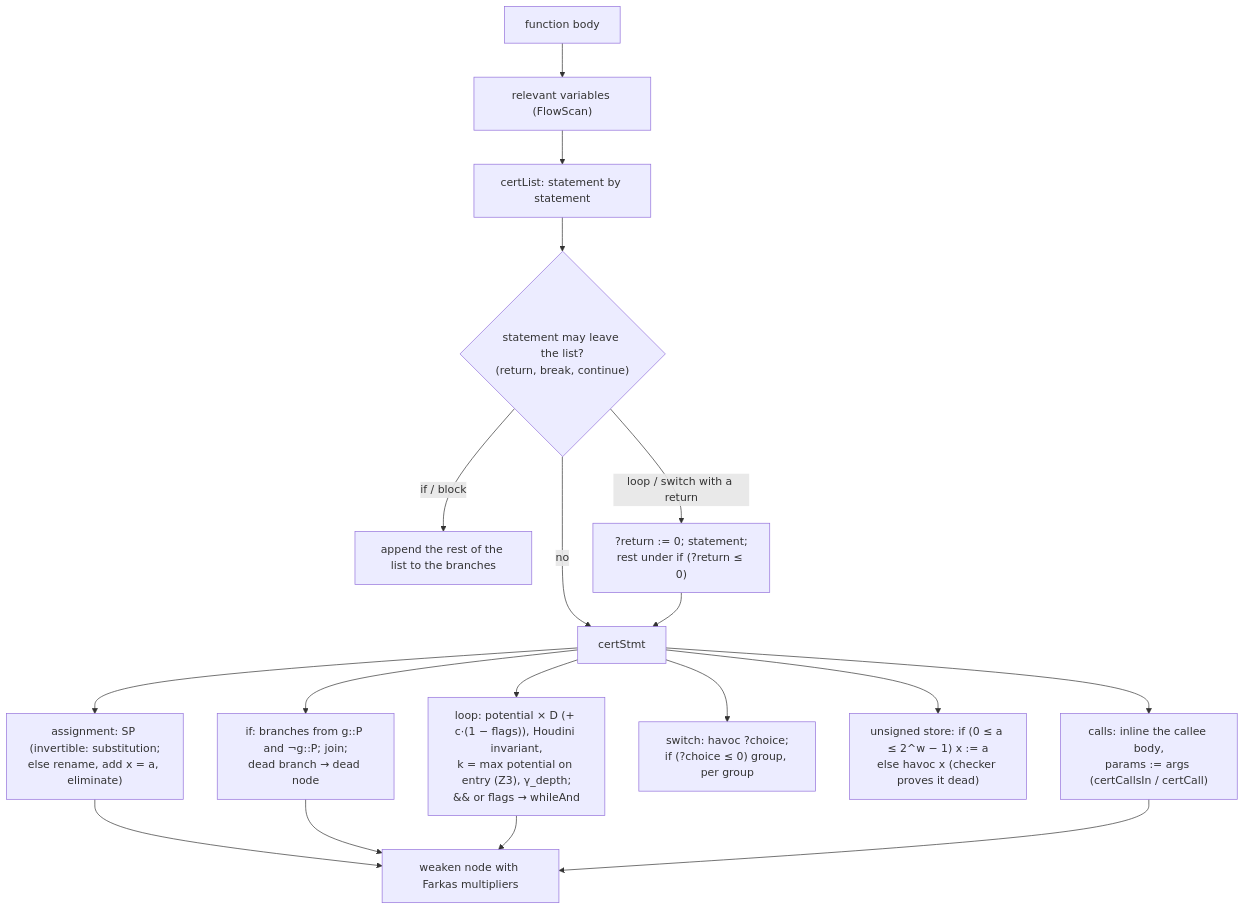
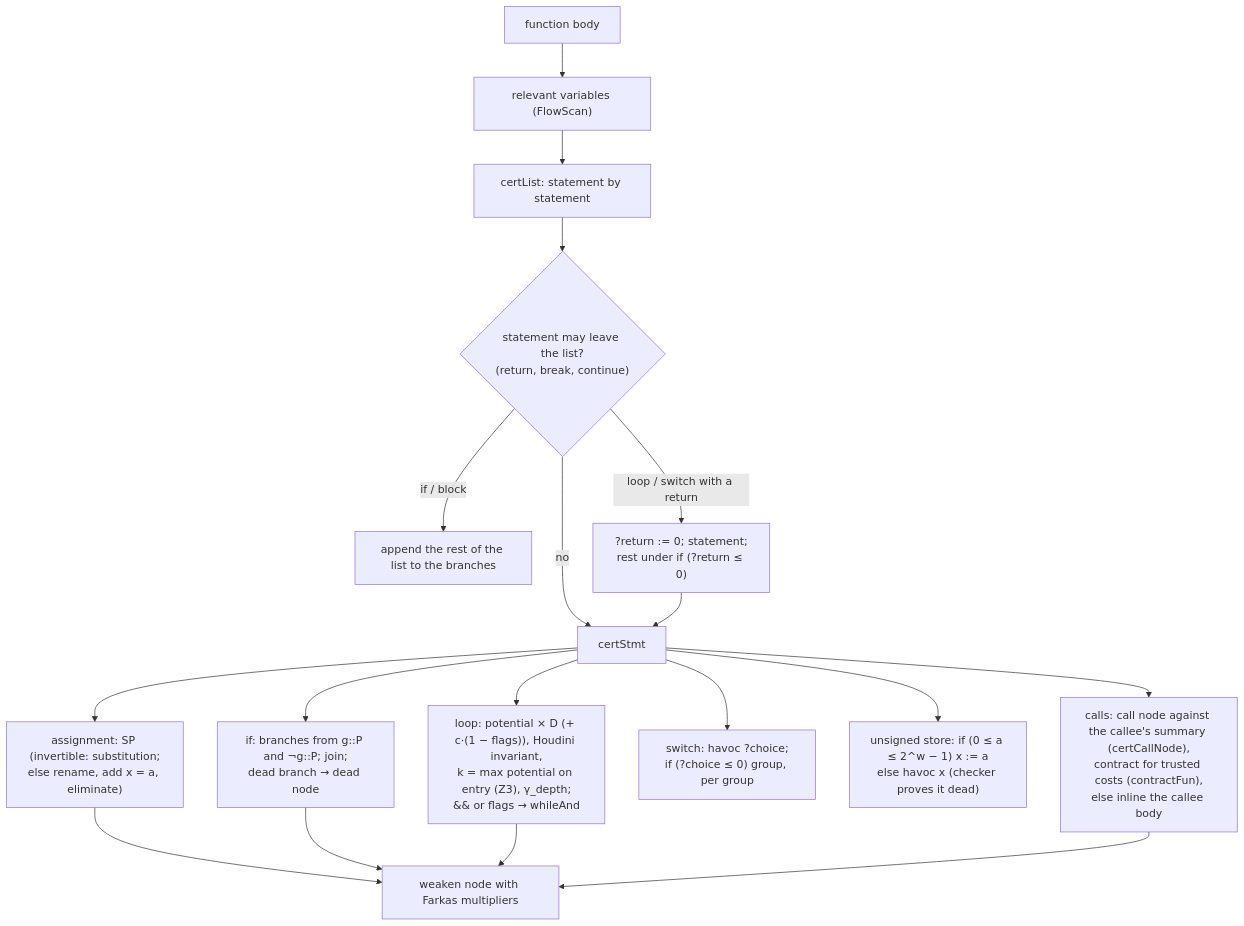
Before and after one commit to ldallolio/crosscheck: the sixth of 6 diagrams in docs/guide/04-plugin.md, drawn with Mermaid. The commit also changed other lines of this file and 27 other files, not shown here.

````diff
--- a/docs/guide/04-plugin.md
+++ b/docs/guide/04-plugin.md
@@ -153,20 +153,20 @@
 ```mermaid
 flowchart TD
   F["function body"] --> REL["relevant variables (FlowScan)"]
   REL --> L["certList: statement by statement"]
   L --> RT{"statement may leave the list?<br/>(return, break, continue)"}
   RT -- "if / block" --> MV["append the rest of the list to the branches"]
   RT -- "loop / switch with a return" --> FL["?return := 0; statement;<br/>rest under if (?return ≤ 0)"]
   RT -- no --> ST["certStmt"]
   FL --> ST
   ST --> AS["assignment: SP (invertible: substitution;<br/>else rename, add x = a, eliminate)"]
   ST --> IF["if: branches from g::P and ¬g::P; join;<br/>dead branch → dead node"]
   ST --> LP["loop: potential × D (+ c·(1 − flags)), Houdini invariant,<br/>k = max potential on entry (Z3), γ_depth;<br/>&& or flags → whileAnd"]
   ST --> SW["switch: havoc ?choice;<br/>if (?choice ≤ 0) group, per group"]
   ST --> US["unsigned store: if (0 ≤ a ≤ 2^w − 1) x := a<br/>else havoc x (checker proves it dead)"]
-  ST --> CL["calls: inline the callee body,<br/>params := args (certCallsIn / certCall)"]
+  ST --> CL["calls: call node against the callee's summary (certCallNode),<br/>contract for trusted costs (contractFun),<br/>else inline the callee body"]
   AS --> W["weaken node with Farkas multipliers"]
   IF --> W
   LP --> W
   CL --> W
 ```
````
